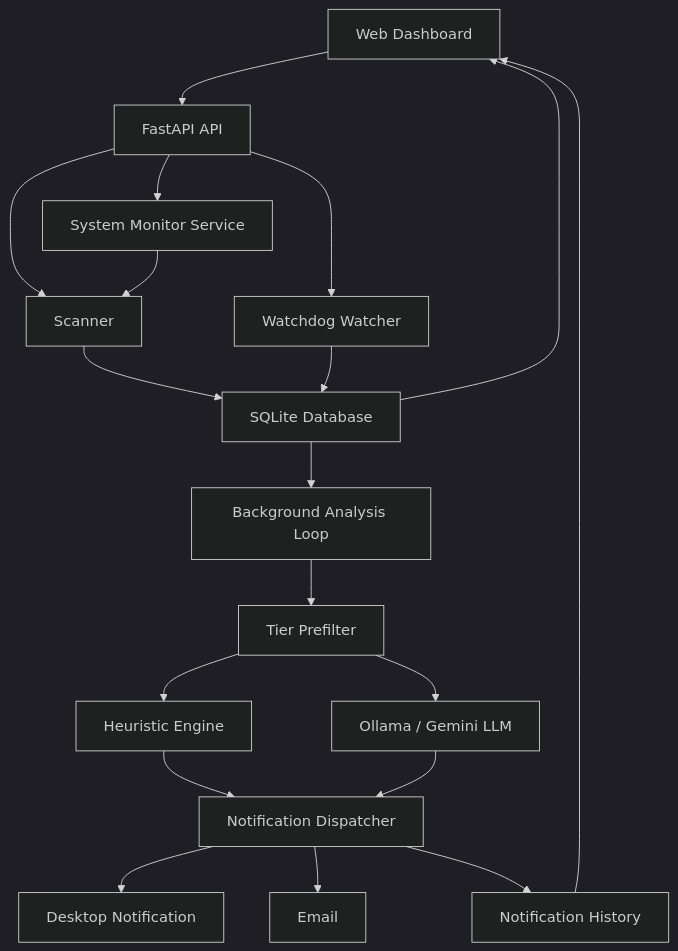
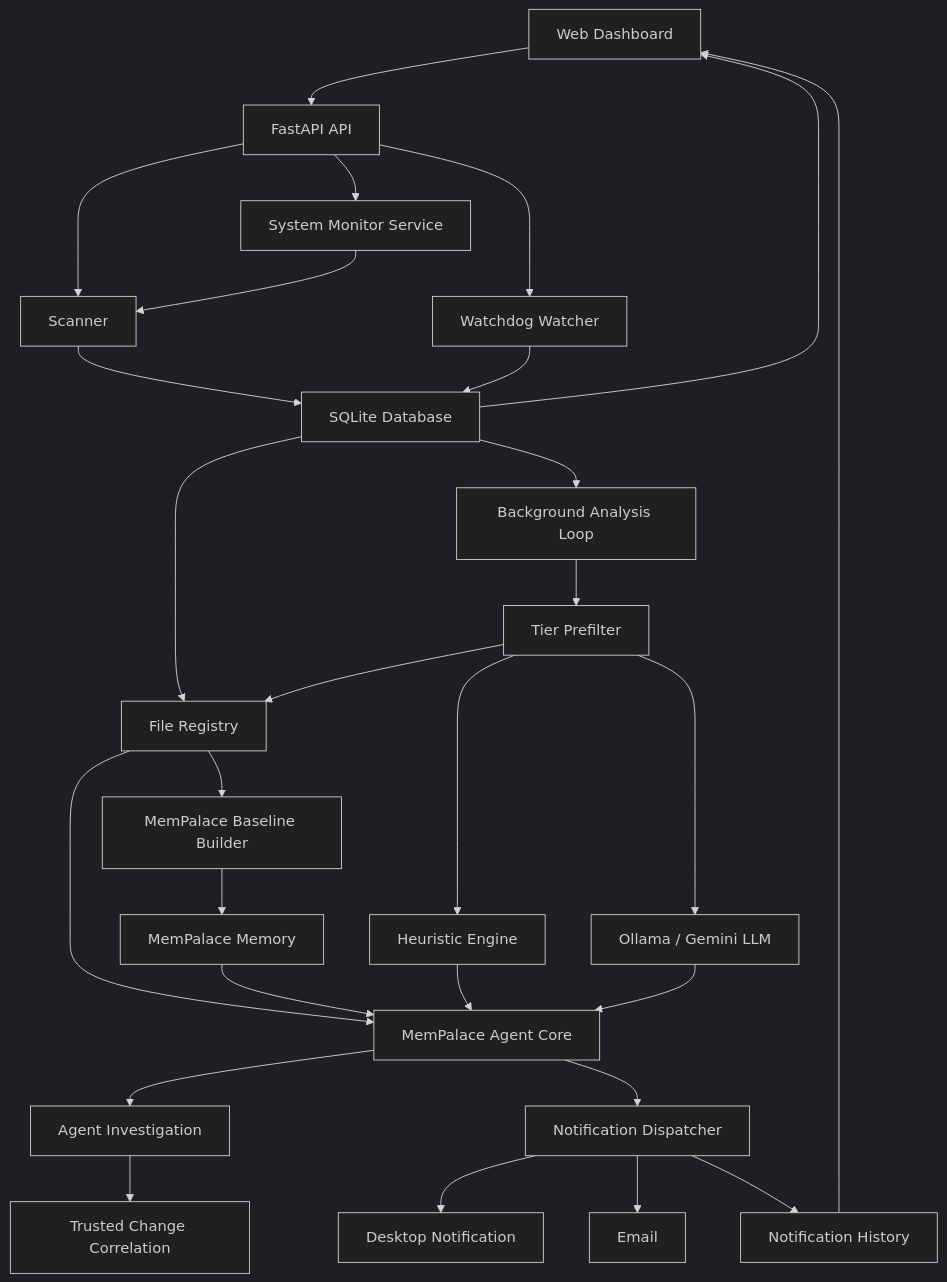
One commit to blvkinc/hash-project changed the diagram in docs/DEVELOPMENT_AND_DESIGN.md. Above: the diagram before and after it, drawn with Mermaid (dark theme). The commit also changed other lines of this file and 58 other files, not shown here.

````diff
--- a/docs/DEVELOPMENT_AND_DESIGN.md
+++ b/docs/DEVELOPMENT_AND_DESIGN.md
@@ -156,24 +179,34 @@
 ```mermaid
 flowchart TD
     UI["Web Dashboard"] --> API["FastAPI API"]
     API --> Scanner["Scanner"]
     API --> Watcher["Watchdog Watcher"]
     API --> SystemMonitor["System Monitor Service"]
 
     Scanner --> DB["SQLite Database"]
     Watcher --> DB
     SystemMonitor --> Scanner
 
+    DB --> Registry["File Registry"]
+    Registry --> MemoryBuilder["MemPalace Baseline Builder"]
+    MemoryBuilder --> MemPalace["MemPalace Memory"]
+
     DB --> Background["Background Analysis Loop"]
     Background --> Tiering["Tier Prefilter"]
     Tiering --> Heuristic["Heuristic Engine"]
     Tiering --> LLM["Ollama / Gemini LLM"]
-    Heuristic --> Notify["Notification Dispatcher"]
-    LLM --> Notify
+    Tiering --> Registry
+    Registry --> Agent["MemPalace Agent Core"]
+    MemPalace --> Agent
+    Agent --> Investigator["Agent Investigation"]
+    Investigator --> Trust["Trusted Change Correlation"]
+    Heuristic --> Agent
+    LLM --> Agent
+    Agent --> Notify["Notification Dispatcher"]
     Notify --> Desktop["Desktop Notification"]
     Notify --> Email["Email"]
     Notify --> History["Notification History"]
 
     DB --> UI
     History --> UI
 ```
````
